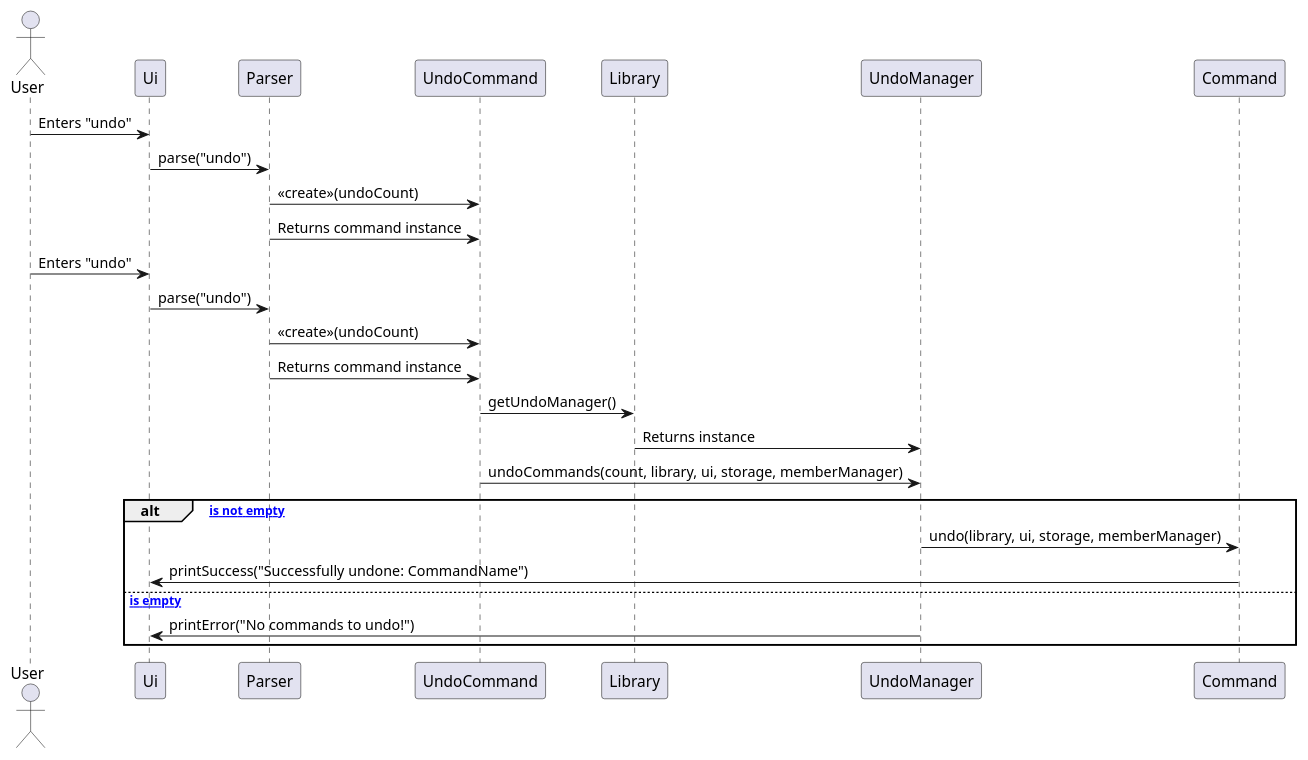
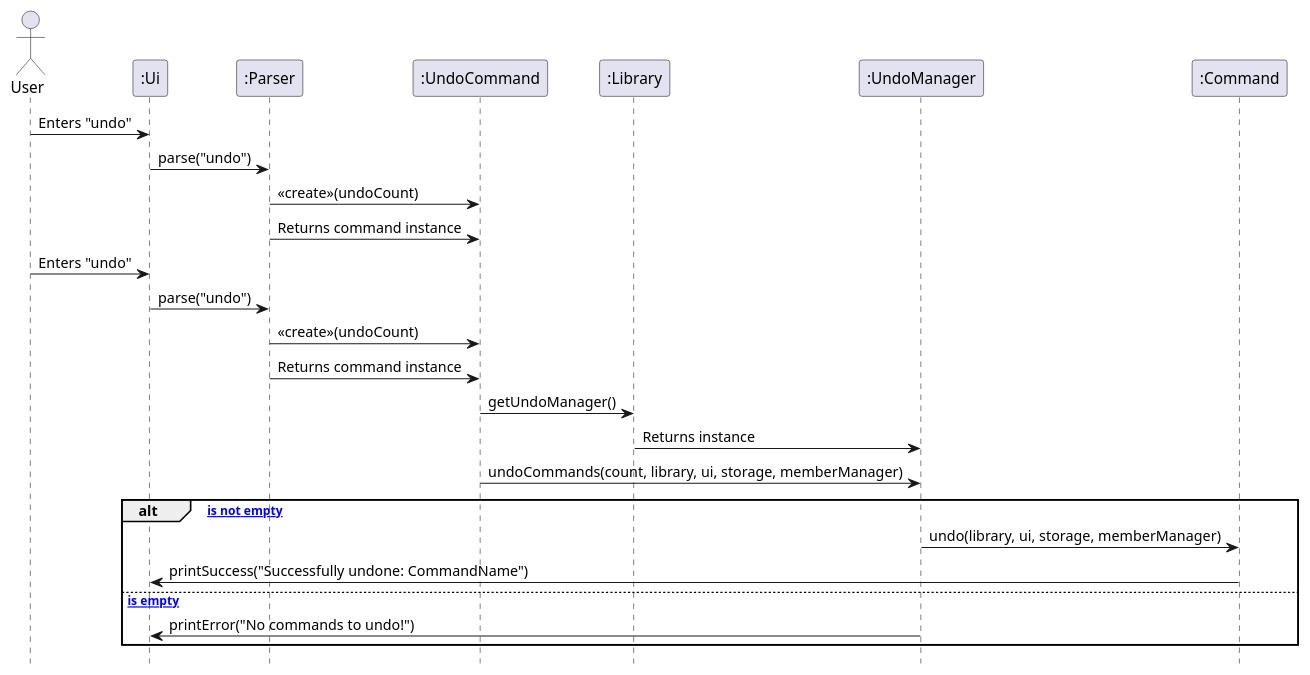
The diagram in docs/diagrams/UndoCommandSequence.puml (eth4n22/tp), drawn with PlantUML before and after one commit. The commit also changed 1 other file, not shown here.

Commit message:
updated DG updated sequence diagram

```diff
--- a/docs/diagrams/UndoCommandSequence.puml
+++ b/docs/diagrams/UndoCommandSequence.puml
@@ -1,37 +1,38 @@
 @startuml
 
+hide footbox
 hide circle
 skinparam classAttributeIconSize 0
 
 actor User
 
-participant Ui
-participant Parser
-participant UndoCommand
-participant Library
-participant UndoManager
-participant Command
+participant ":Ui"
+participant ":Parser"
+participant ":UndoCommand"
+participant ":Library"
+participant ":UndoManager"
+participant ":Command"
 
-User -> Ui : Enters "undo"
-Ui -> Parser : parse("undo")
-Parser -> UndoCommand : «create»(undoCount)
-Parser -> UndoCommand : Returns command instance
+User -> ":Ui" : Enters "undo"
+":Ui" -> ":Parser" : parse("undo")
+":Parser" -> ":UndoCommand" : «create»(undoCount)
+":Parser" -> ":UndoCommand" : Returns command instance
 
-User -> Ui : Enters "undo"
-Ui -> Parser : parse("undo")
-Parser -> UndoCommand : «create»(undoCount)
-Parser -> UndoCommand : Returns command instance
+User -> ":Ui" : Enters "undo"
+":Ui" -> ":Parser" : parse("undo")
+":Parser" -> ":UndoCommand" : «create»(undoCount)
+":Parser" -> ":UndoCommand" : Returns command instance
 
-UndoCommand -> Library : getUndoManager()
-Library -> UndoManager : Returns instance
+":UndoCommand" -> ":Library" : getUndoManager()
+":Library" -> ":UndoManager" : Returns instance
 
-UndoCommand -> UndoManager : undoCommands(count, library, ui, storage, memberManager)
+":UndoCommand" -> ":UndoManager" : undoCommands(count, library, ui, storage, memberManager)
 
 alt [commandHistory is not empty]
-    UndoManager -> Command : undo(library, ui, storage, memberManager)
-    Command -> Ui : printSuccess("Successfully undone: CommandName")
+    ":UndoManager" -> ":Command" : undo(library, ui, storage, memberManager)
+    ":Command" -> ":Ui" : printSuccess("Successfully undone: CommandName")
 else [commandHistory is empty]
-    UndoManager -> Ui : printError("No commands to undo!")
+    ":UndoManager" -> ":Ui" : printError("No commands to undo!")
 end
 
 @enduml
```
